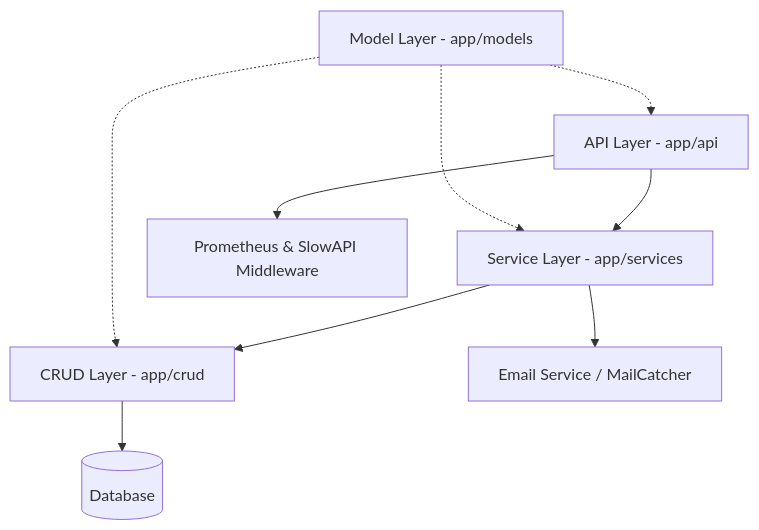
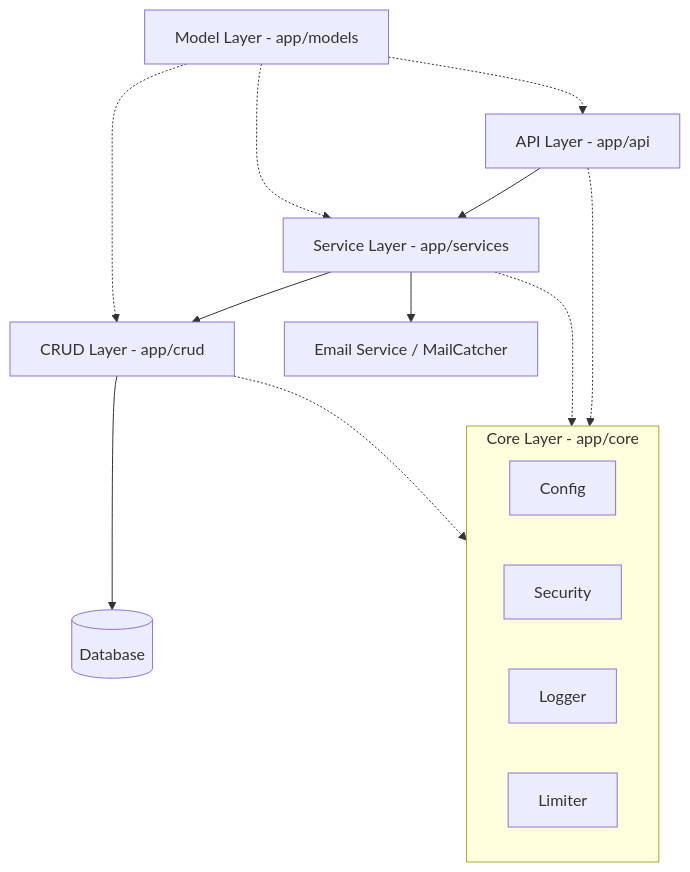
The diagram in docs/architecture.md (mobitrendz/fastapi-backend-template), drawn with Mermaid before and after one commit. The commit also changed other lines of this file and 22 other files, not shown here.

````diff
--- a/docs/architecture.md
+++ b/docs/architecture.md
@@ -11,11 +11,22 @@
 ```mermaid
 graph TD
     API[API Layer - app/api] --> Services[Service Layer - app/services]
     Services --> CRUD[CRUD Layer - app/crud]
     CRUD --> DB[(Database)]
     Services --> Email[Email Service / MailCatcher]
-    API --> Middleware[Prometheus & SlowAPI Middleware]
+
+    subgraph Core[Core Layer - app/core]
+        Config[Config]
+        Security[Security]
+        Logger[Logger]
+        Limiter[Limiter]
+    end
+
+    API -.-> Core
+    Services -.-> Core
+    CRUD -.-> Core
+
     Models[Model Layer - app/models] -.-> API
     Models -.-> Services
     Models -.-> CRUD
 ```
````
